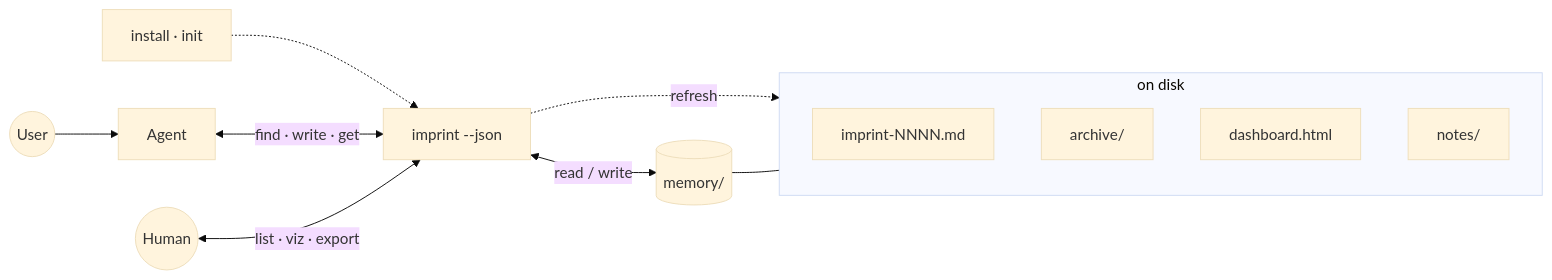
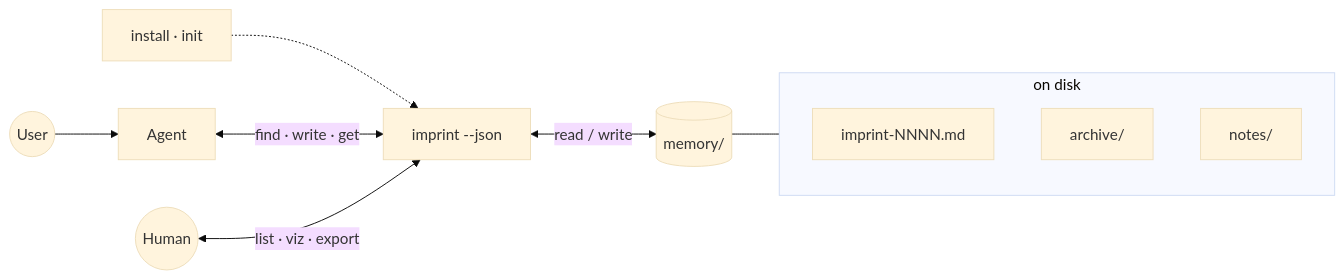
One commit to SteamedBread2333/imprint changed the first of 2 diagrams in README.md. Above: the diagram before and after it, drawn with Mermaid (base theme). The commit also changed other lines of this file and 28 other files, not shown here.

````diff
--- a/README.md
+++ b/README.md
@@ -47,24 +41,21 @@
 ```mermaid
 flowchart LR
   Setup["install · init"] -.-> CLI
 
   User((User)) --> Agent[Agent]
   Human((Human))
 
   Agent <-->|find · write · get| CLI["imprint --json"]
   Human <-->|list · viz · export| CLI
 
   CLI <-->|read / write| Vault[(memory/)]
 
   Vault --- Disk
 
   subgraph Disk["on disk"]
     direction TB
     Shards[imprint-NNNN.md]
     Archive[archive/]
-    Dash[dashboard.html]
     Notes[notes/]
   end
-
-  CLI -.->|refresh| Dash
 ```
````
